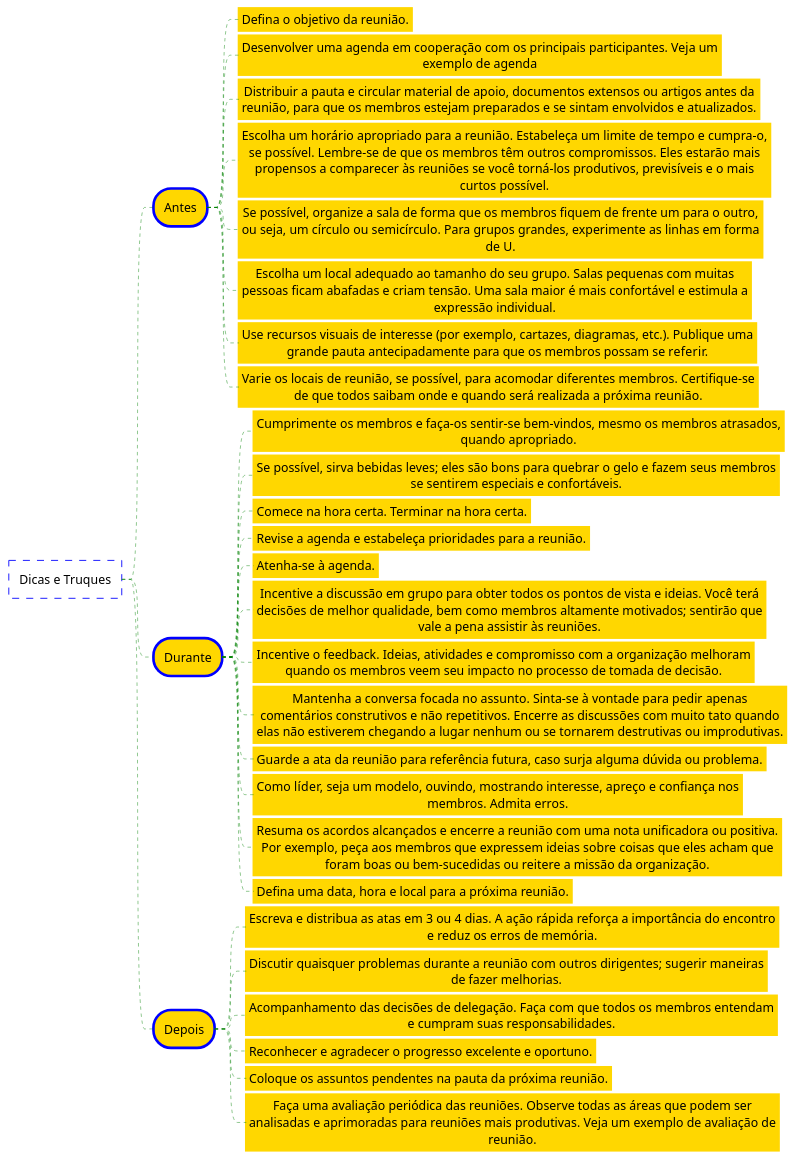
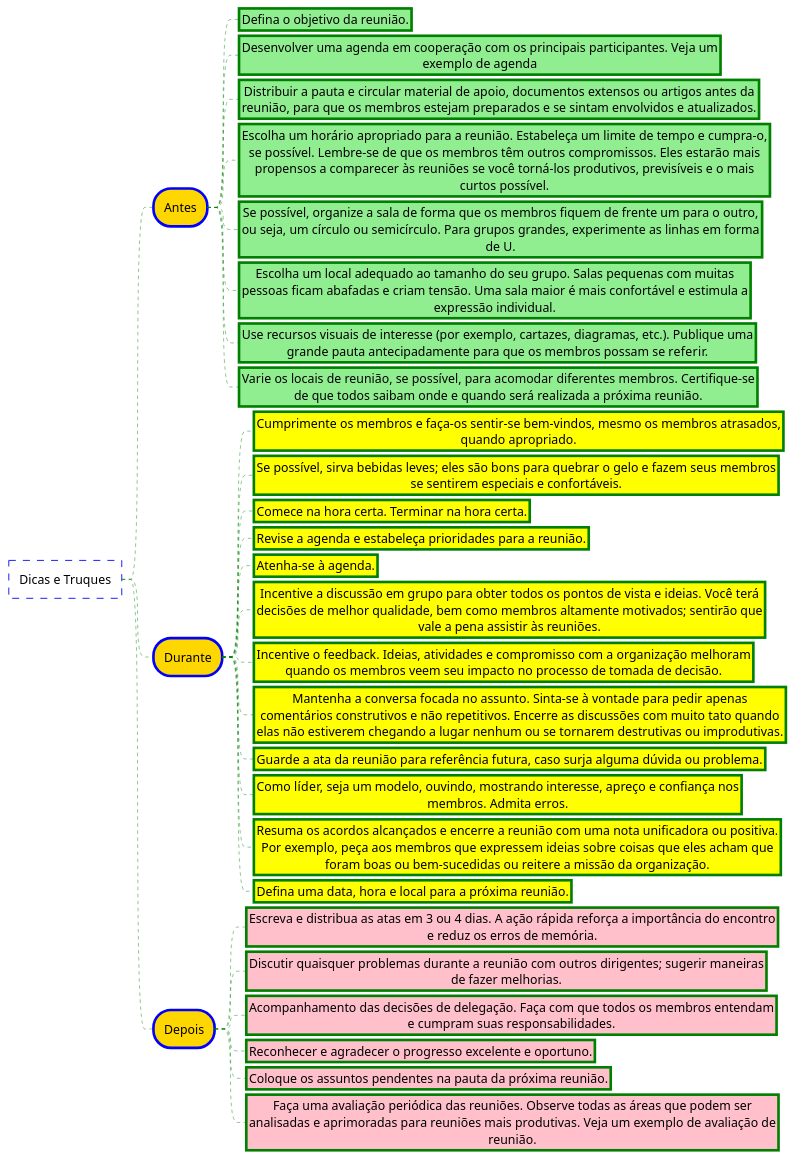
The diagram in Meetings/reuniao.md (GiovaniPM/MyCourses), drawn with PlantUML before and after one commit.

Commit message:
giova(DESKTOP-PG18CKU) 210502123421

````diff
--- a/Meetings/reuniao.md
+++ b/Meetings/reuniao.md
@@ -1,6 +1,18 @@
 ```plantuml
 @startmindmap
 <style>
+mindmapDiagram {
+  .green {
+    BackgroundColor lightgreen
+  }
+  .rose {
+    BackgroundColor #FFBBCC
+  }
+  .your_style_name {
+    BackgroundColor lightblue
+  }
+}
+
 node {
     Padding 12
     Margin 3
@@ -22,7 +34,8 @@
 }
 
 leafNode {
-    LineColor gold
+    LineColor green
+    BackgroundColor lightgreen
     RoundCorner 0
     Padding 3
 }
@@ -44,6 +57,16 @@
 *** Escolha um local adequado ao tamanho do seu grupo. Salas pequenas com muitas pessoas ficam abafadas e criam tensão. Uma sala maior é mais confortável e estimula a expressão individual.
 *** Use recursos visuais de interesse (por exemplo, cartazes, diagramas, etc.). Publique uma grande pauta antecipadamente para que os membros possam se referir.
 *** Varie os locais de reunião, se possível, para acomodar diferentes membros. Certifique-se de que todos saibam onde e quando será realizada a próxima reunião.
+
+<style>
+leafNode {
+    LineColor green
+    BackgroundColor yellow
+    RoundCorner 0
+    Padding 3
+}
+</style>
+
 ** Durante
 *** Cumprimente os membros e faça-os sentir-se bem-vindos, mesmo os membros atrasados, quando apropriado.
 *** Se possível, sirva bebidas leves; eles são bons para quebrar o gelo e fazem seus membros se sentirem especiais e confortáveis.
@@ -57,6 +80,16 @@
 *** Como líder, seja um modelo, ouvindo, mostrando interesse, apreço e confiança nos membros. Admita erros.
 *** Resuma os acordos alcançados e encerre a reunião com uma nota unificadora ou positiva. Por exemplo, peça aos membros que expressem ideias sobre coisas que eles acham que foram boas ou bem-sucedidas ou reitere a missão da organização.
 *** Defina uma data, hora e local para a próxima reunião.
+
+<style>
+leafNode {
+    LineColor green
+    BackgroundColor pink
+    RoundCorner 0
+    Padding 3
+}
+</style>
+
 ** Depois
 *** Escreva e distribua as atas em 3 ou 4 dias. A ação rápida reforça a importância do encontro e reduz os erros de memória.
 *** Discutir quaisquer problemas durante a reunião com outros dirigentes; sugerir maneiras de fazer melhorias.
````
